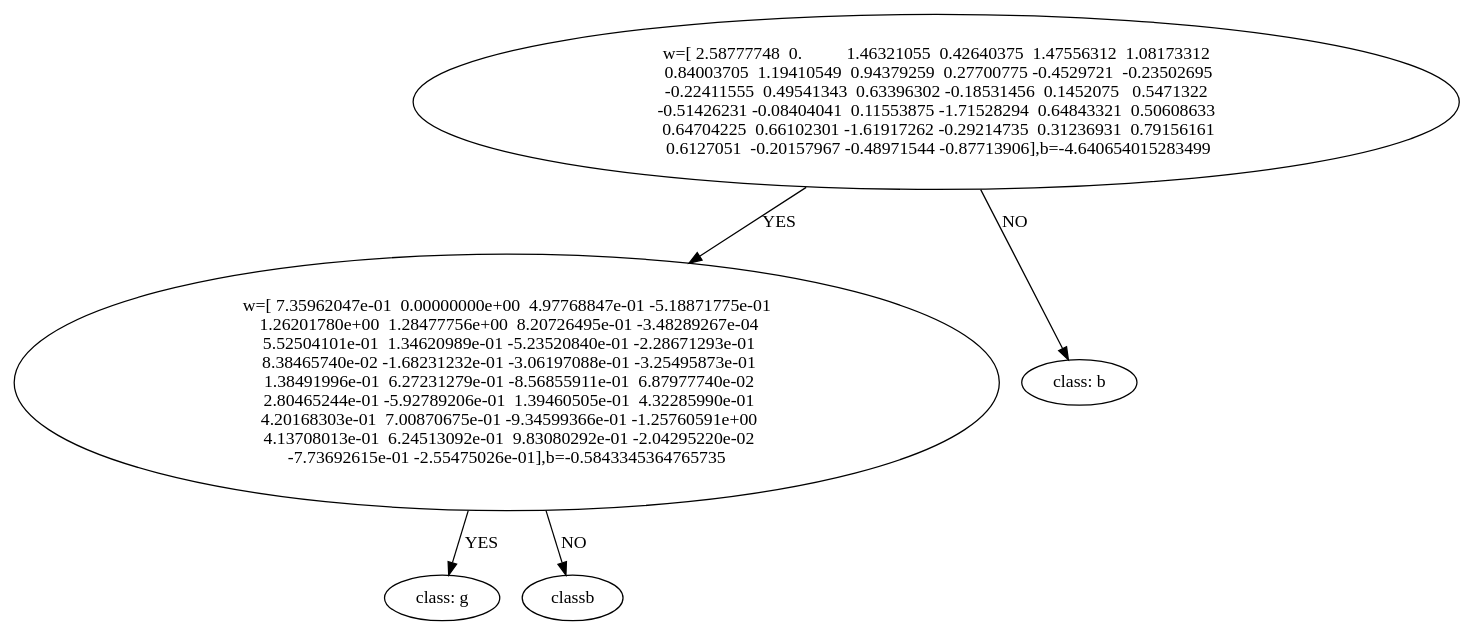
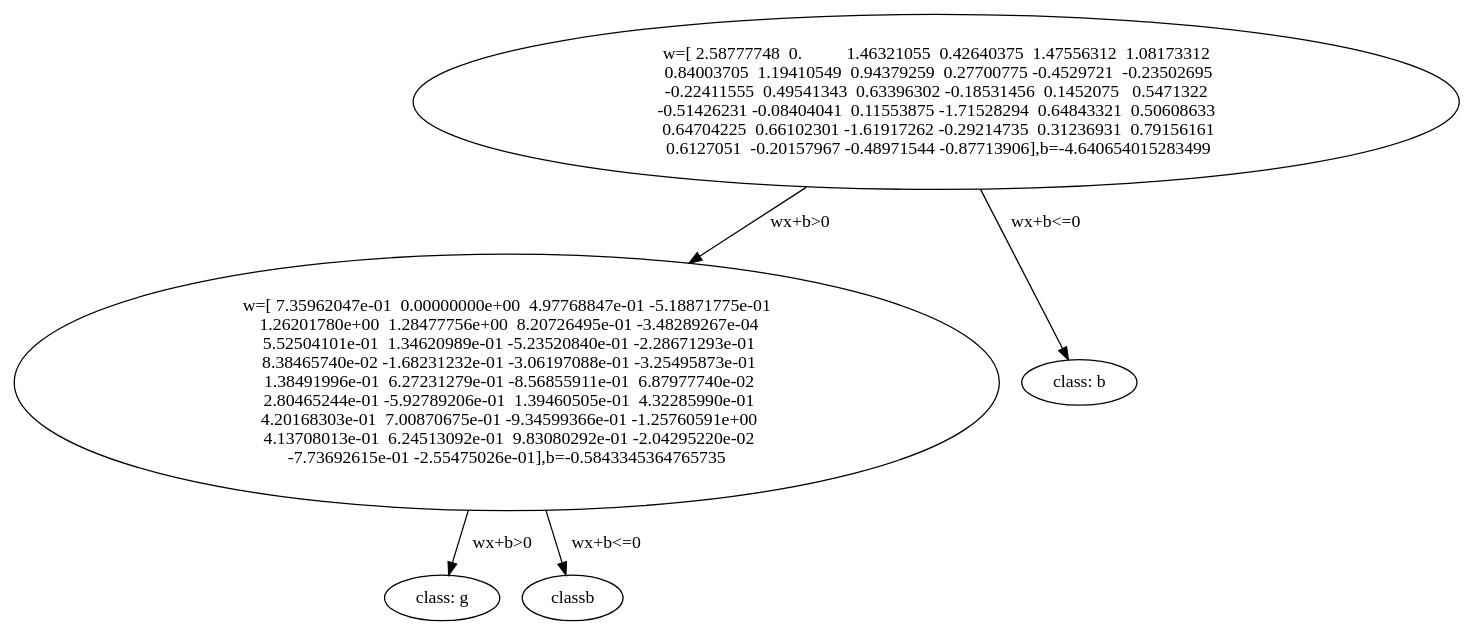
One commit to 11D-Beyonder/Machine-Learning-Coursework changed the diagram in decision_tree/submit/image/multivariate-normal-ionosphere.gv. Above: the diagram before and after it, drawn with Graphviz. The commit also changed 19 other files, not shown here.

```diff
--- a/decision_tree/submit/image/multivariate-normal-ionosphere.gv
+++ b/decision_tree/submit/image/multivariate-normal-ionosphere.gv
@@ -1,24 +1,24 @@
 digraph {
 	1 [label="w=[ 2.58777748  0.          1.46321055  0.42640375  1.47556312  1.08173312
   0.84003705  1.19410549  0.94379259  0.27700775 -0.4529721  -0.23502695
  -0.22411555  0.49541343  0.63396302 -0.18531456  0.1452075   0.5471322
  -0.51426231 -0.08404041  0.11553875 -1.71528294  0.64843321  0.50608633
   0.64704225  0.66102301 -1.61917262 -0.29214735  0.31236931  0.79156161
   0.6127051  -0.20157967 -0.48971544 -0.87713906],b=-4.640654015283499"]
-	1 -> 2 [label=YES]
+	1 -> 2 [label="wx+b>0"]
 	2 [label="w=[ 7.35962047e-01  0.00000000e+00  4.97768847e-01 -5.18871775e-01
   1.26201780e+00  1.28477756e+00  8.20726495e-01 -3.48289267e-04
   5.52504101e-01  1.34620989e-01 -5.23520840e-01 -2.28671293e-01
   8.38465740e-02 -1.68231232e-01 -3.06197088e-01 -3.25495873e-01
   1.38491996e-01  6.27231279e-01 -8.56855911e-01  6.87977740e-02
   2.80465244e-01 -5.92789206e-01  1.39460505e-01  4.32285990e-01
   4.20168303e-01  7.00870675e-01 -9.34599366e-01 -1.25760591e+00
   4.13708013e-01  6.24513092e-01  9.83080292e-01 -2.04295220e-02
  -7.73692615e-01 -2.55475026e-01],b=-0.5843345364765735"]
-	2 -> 4 [label=YES]
+	2 -> 4 [label="wx+b>0"]
 	4 [label="class: g"]
-	2 -> 5 [label=NO]
+	2 -> 5 [label="wx+b<=0"]
 	5 [label=classb]
-	1 -> 3 [label=NO]
+	1 -> 3 [label="wx+b<=0"]
 	3 [label="class: b"]
 }
```
